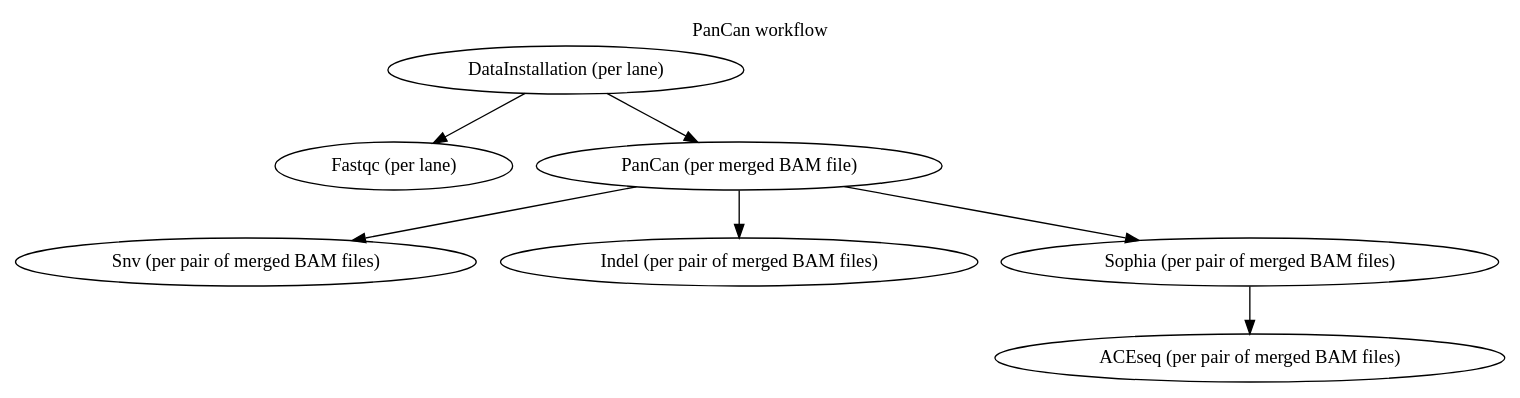
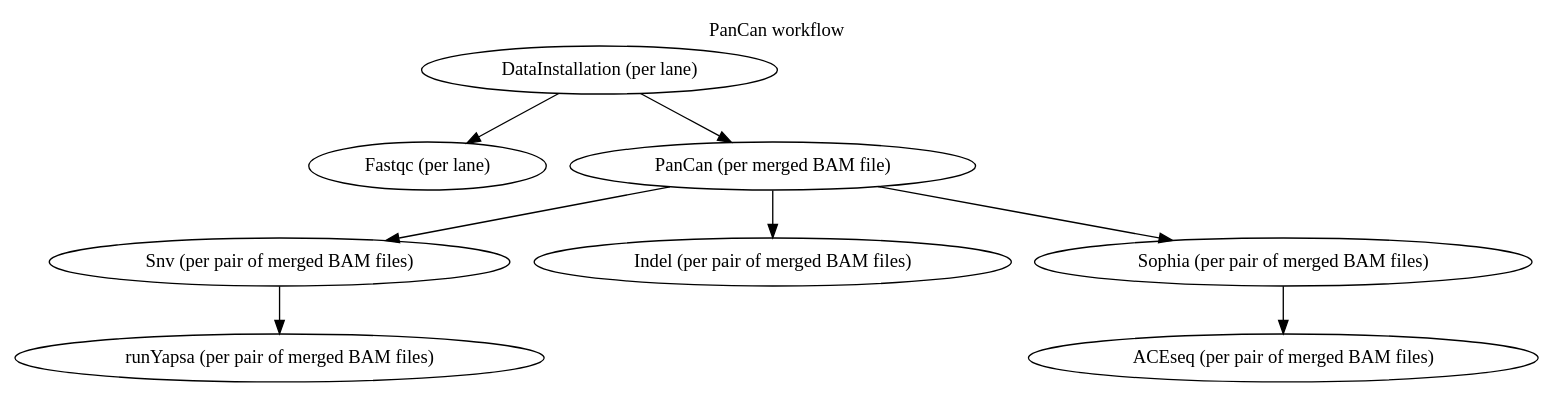
One commit to one-touch-pipeline/otp changed the diagram in src/docs/guide/workflowGraphs/PanCan.dot. Above: the diagram before and after it, drawn with Graphviz. The commit also changed 2 other files, not shown here.

Commit message:
new: OTP-2901: update main page in OTP and workflow graph

```diff
--- a/src/docs/guide/workflowGraphs/PanCan.dot
+++ b/src/docs/guide/workflowGraphs/PanCan.dot
@@ -1,17 +1,18 @@
 digraph workflows {
   labelloc="t";
   label="PanCan workflow";
 
   DataInstallation [label="DataInstallation (per lane)"];
   Fastqc [label="Fastqc (per lane)"];
   PanCan [label="PanCan (per merged BAM file)"];
   Snv [label="Snv (per pair of merged BAM files)"];
+  runYapsa [label="runYapsa (per pair of merged BAM files)"];
   Indel [label="Indel (per pair of merged BAM files)"];
   Sophia [label="Sophia (per pair of merged BAM files)"];
   ACEseq [label="ACEseq (per pair of merged BAM files)"];
 
   DataInstallation -> Fastqc
-  DataInstallation -> PanCan -> Snv
+  DataInstallation -> PanCan -> Snv -> runYapsa
   PanCan -> Indel
   PanCan -> Sophia -> ACEseq
 }
```
